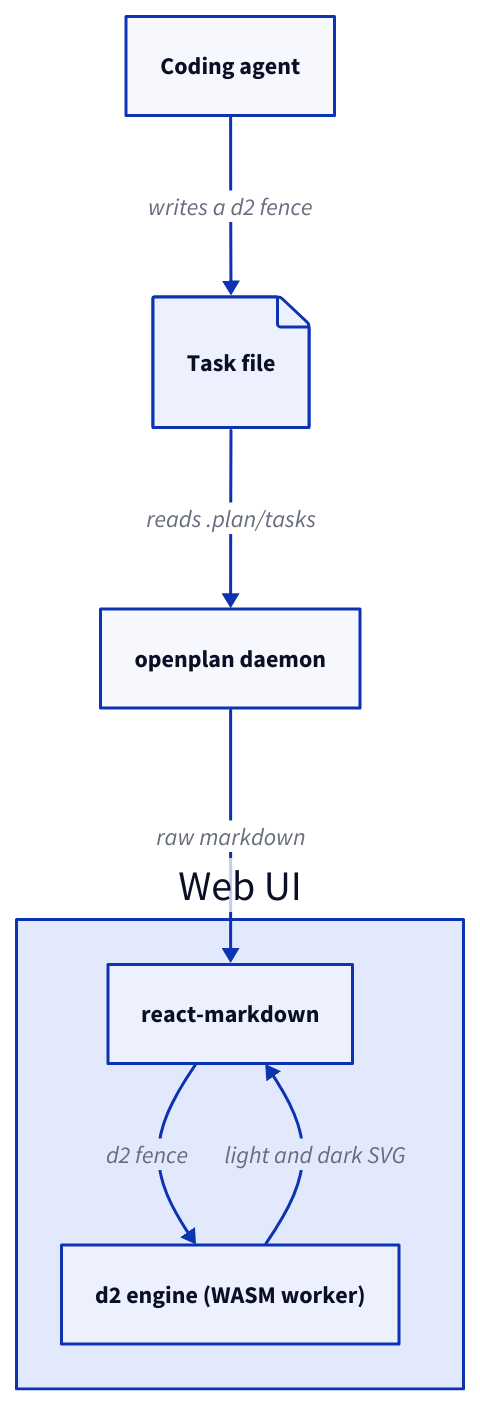
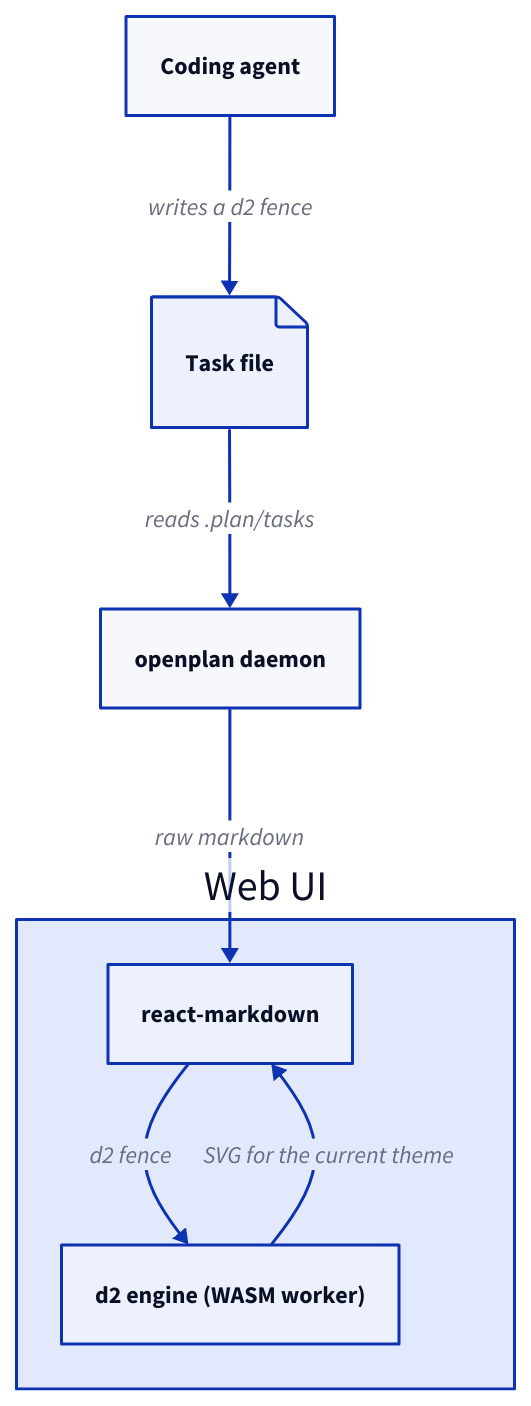
One commit to sukovanej/openplan changed the first of 4 diagrams in .plan/tasks/00115-example-a-task-with-d2-diagram.md. Above: the diagram before and after it, drawn with D2. The commit also changed other lines of this file and 4 other files, not shown here.

First line of the commit message:
Show a placeholder while a diagram draws, and draw one theme at a time

````diff
--- a/.plan/tasks/00115-example-a-task-with-d2-diagram.md
+++ b/.plan/tasks/00115-example-a-task-with-d2-diagram.md
@@ -17,17 +17,17 @@
 ```d2
 agent: Coding agent
 task: Task file {
   shape: page
 }
 daemon: openplan daemon
 browser: Web UI {
   markdown: react-markdown
   engine: d2 engine (WASM worker)
   markdown -> engine: d2 fence
 }
 
 agent -> task: writes a d2 fence
 task -> daemon: reads .plan/tasks
 daemon -> browser.markdown: raw markdown
-browser.engine -> browser.markdown: light and dark SVG
+browser.engine -> browser.markdown: SVG for the current theme
 ```
````
